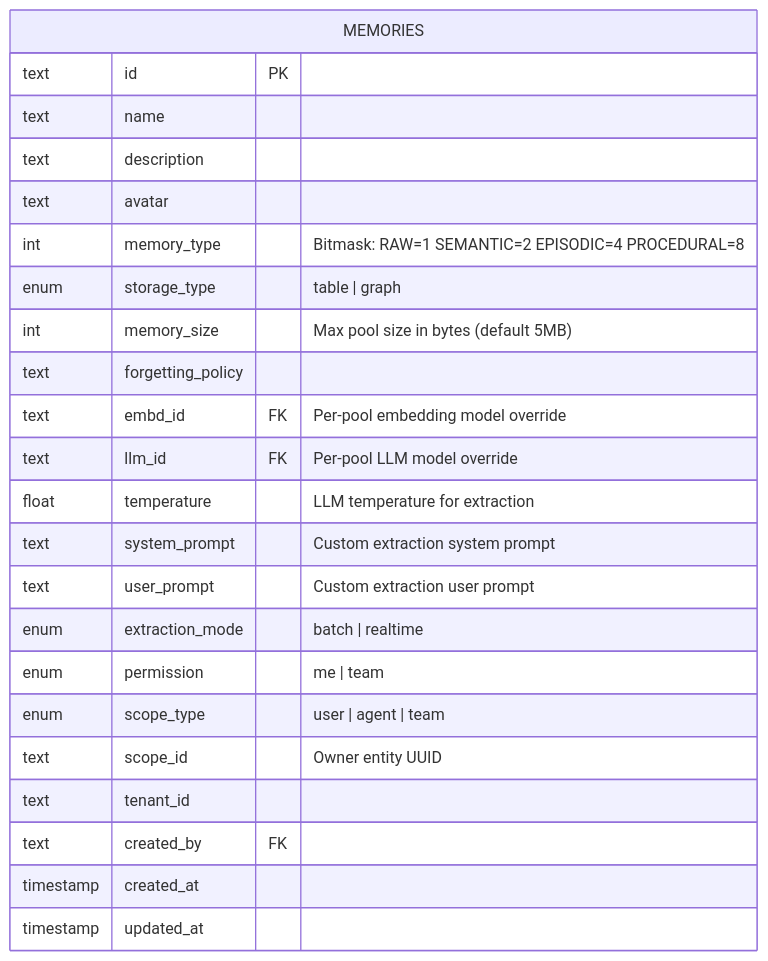
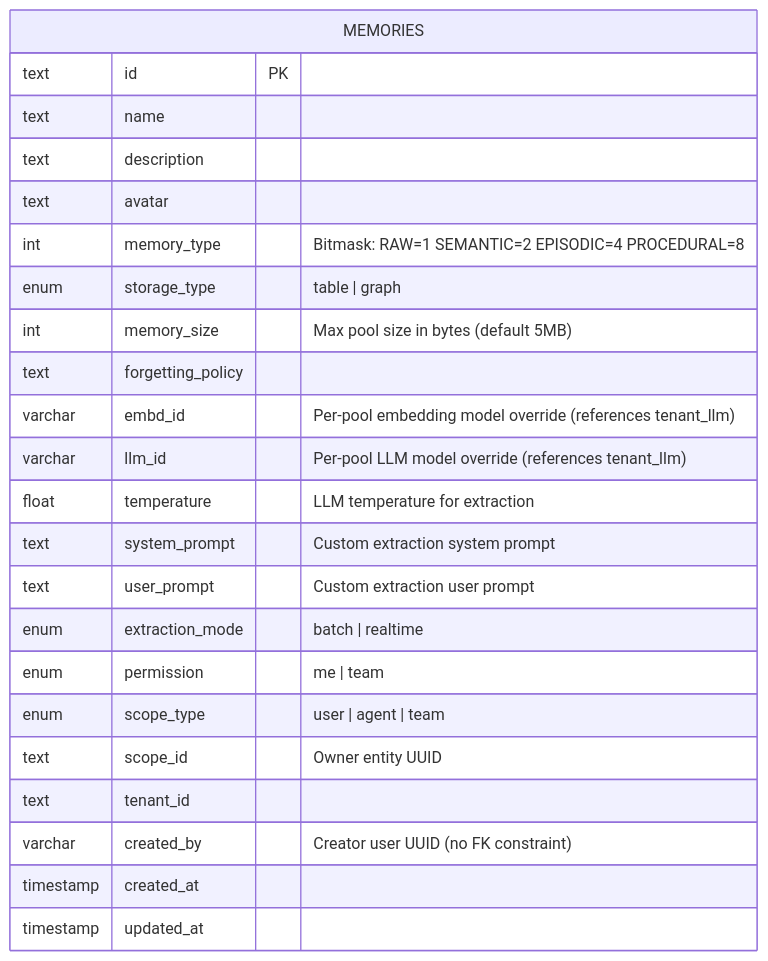
One commit to b-knowledge-solution/b-knowledge changed the fourth of 6 diagrams in docs/basic-design/memory-architecture.md. Above: the diagram before and after it, drawn with Mermaid. The commit also changed other lines of this file and 9 other files, not shown here.

````diff
--- a/docs/basic-design/memory-architecture.md
+++ b/docs/basic-design/memory-architecture.md
@@ -109,26 +109,26 @@
 ```mermaid
 erDiagram
     MEMORIES {
         text id PK
         text name
         text description
         text avatar
         int memory_type "Bitmask: RAW=1 SEMANTIC=2 EPISODIC=4 PROCEDURAL=8"
         enum storage_type "table | graph"
         int memory_size "Max pool size in bytes (default 5MB)"
         text forgetting_policy
-        text embd_id FK "Per-pool embedding model override"
-        text llm_id FK "Per-pool LLM model override"
+        varchar embd_id "Per-pool embedding model override (references tenant_llm)"
+        varchar llm_id "Per-pool LLM model override (references tenant_llm)"
         float temperature "LLM temperature for extraction"
         text system_prompt "Custom extraction system prompt"
         text user_prompt "Custom extraction user prompt"
         enum extraction_mode "batch | realtime"
         enum permission "me | team"
         enum scope_type "user | agent | team"
         text scope_id "Owner entity UUID"
         text tenant_id
-        text created_by FK
+        varchar created_by "Creator user UUID (no FK constraint)"
         timestamp created_at
         timestamp updated_at
     }
 ```
````
